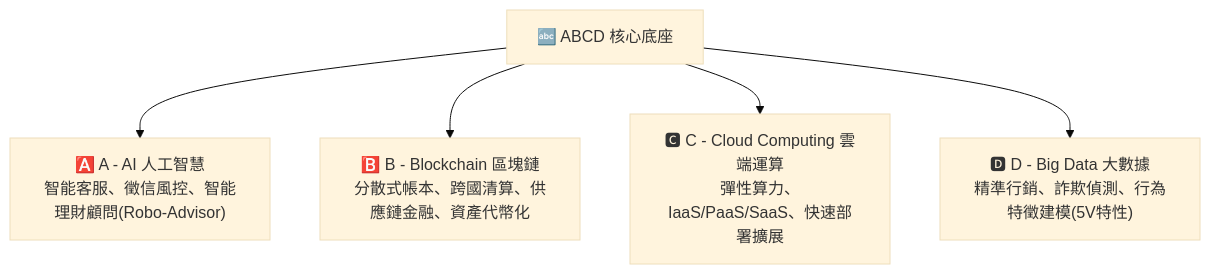
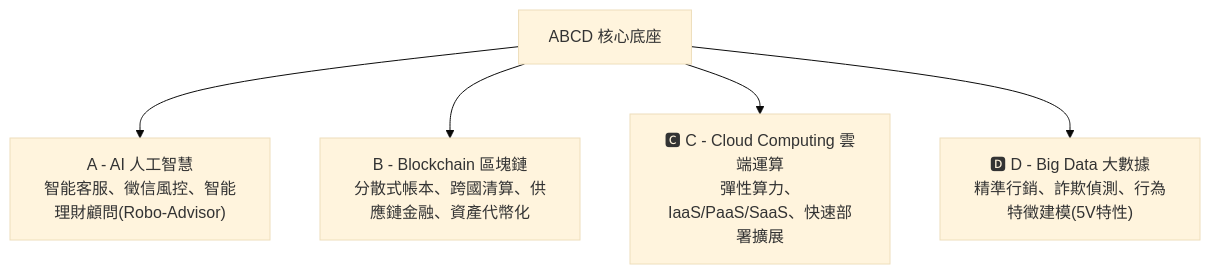
One commit to ehackerevan/exam-study-platform changed the diagram in 教材/金融科技力重點教材/01_金融科技發展路徑與數位轉型.md. Above: the diagram before and after it, drawn with Mermaid (base theme). The commit also changed other lines of this file and 34 other files, not shown here.

Commit message:
feat: add frequency charts and refine study materials

````diff
--- a/教材/金融科技力重點教材/01_金融科技發展路徑與數位轉型.md
+++ b/教材/金融科技力重點教材/01_金融科技發展路徑與數位轉型.md
@@ -46,8 +46,8 @@
 ```mermaid
 graph TD
-    A["🔤 ABCD 核心底座"]
-    A --> B["🅰️ A - AI 人工智慧<br/>智能客服、徵信風控、智能理財顧問(Robo-Advisor)"]
-    A --> C["🅱️ B - Blockchain 區塊鏈<br/>分散式帳本、跨國清算、供應鏈金融、資產代幣化"]
+    A[" ABCD 核心底座"]
+    A --> B[" A - AI 人工智慧<br/>智能客服、徵信風控、智能理財顧問(Robo-Advisor)"]
+    A --> C[" B - Blockchain 區塊鏈<br/>分散式帳本、跨國清算、供應鏈金融、資產代幣化"]
     A --> D["🅲 C - Cloud Computing 雲端運算<br/>彈性算力、IaaS/PaaS/SaaS、快速部署擴展"]
     A --> E["🅳 D - Big Data 大數據<br/>精準行銷、詐欺偵測、行為特徵建模(5V特性)"]
 ```
````
